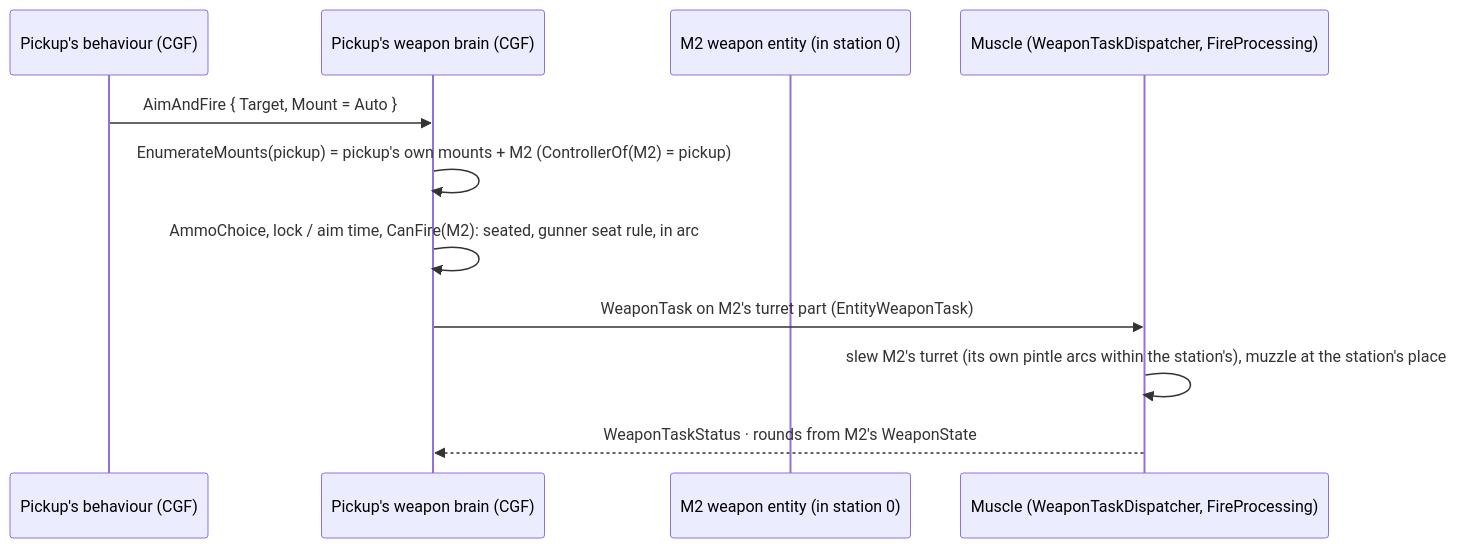
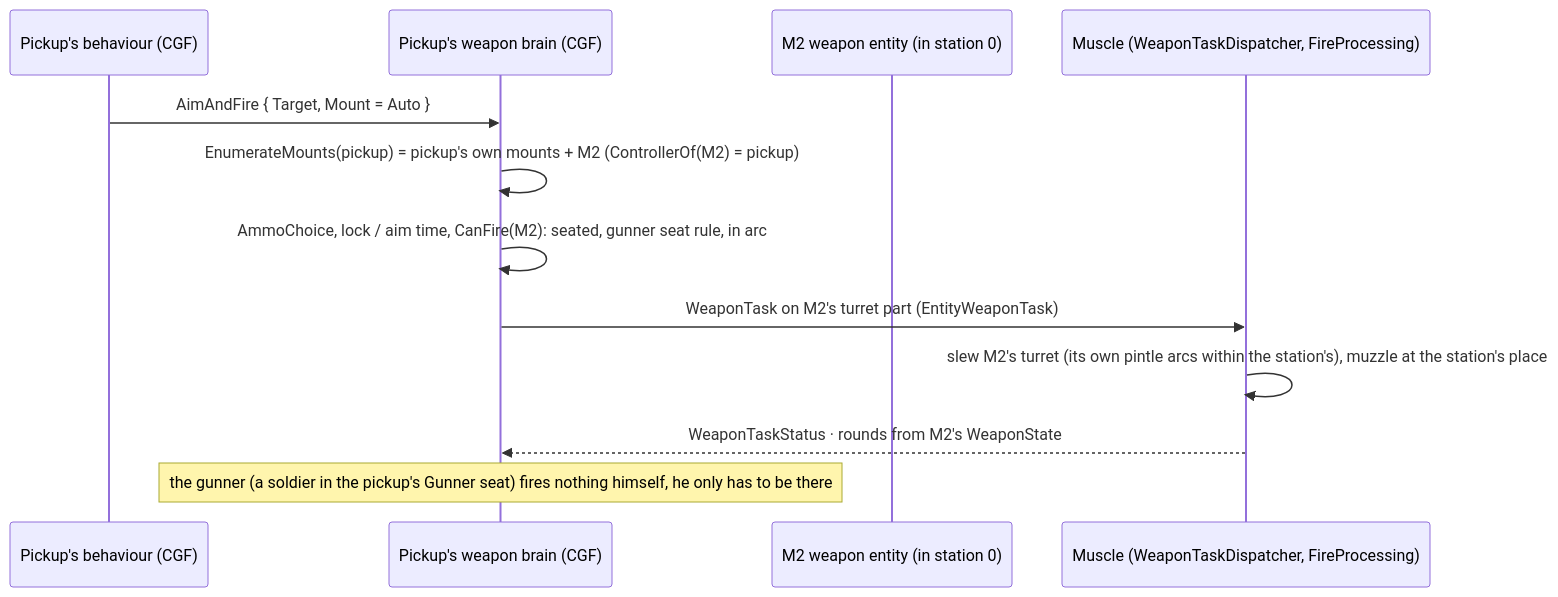
The third of 6 diagrams in docs/designs/weapons/DESIGN_Weapon_Systems.md (pjanec/HROT), drawn with Mermaid before and after one commit. The commit also changed other lines of this file and 4 other files, not shown here.

First line of the commit message:
Weapon systems W-I: presets seat their crew (a real gunner in 104 / 105); steer to backend

````diff
--- a/docs/designs/weapons/DESIGN_Weapon_Systems.md
+++ b/docs/designs/weapons/DESIGN_Weapon_Systems.md
@@ -148,13 +148,14 @@
 ```mermaid
 sequenceDiagram
   participant B as Pickup's behaviour (CGF)
   participant WB as Pickup's weapon brain (CGF)
   participant W as M2 weapon entity (in station 0)
   participant M as Muscle (WeaponTaskDispatcher, FireProcessing)
   B->>WB: AimAndFire { Target, Mount = Auto }
   WB->>WB: EnumerateMounts(pickup) = pickup's own mounts + M2 (ControllerOf(M2) = pickup)
   WB->>WB: AmmoChoice, lock / aim time, CanFire(M2): seated, gunner seat rule, in arc
   WB->>M: WeaponTask on M2's turret part (EntityWeaponTask)
   M->>M: slew M2's turret (its own pintle arcs within the station's), muzzle at the station's place
   M-->>WB: WeaponTaskStatus · rounds from M2's WeaponState
+  Note over WB: the gunner (a soldier in the pickup's Gunner seat) fires nothing himself, he only has to be there
 ```
````
